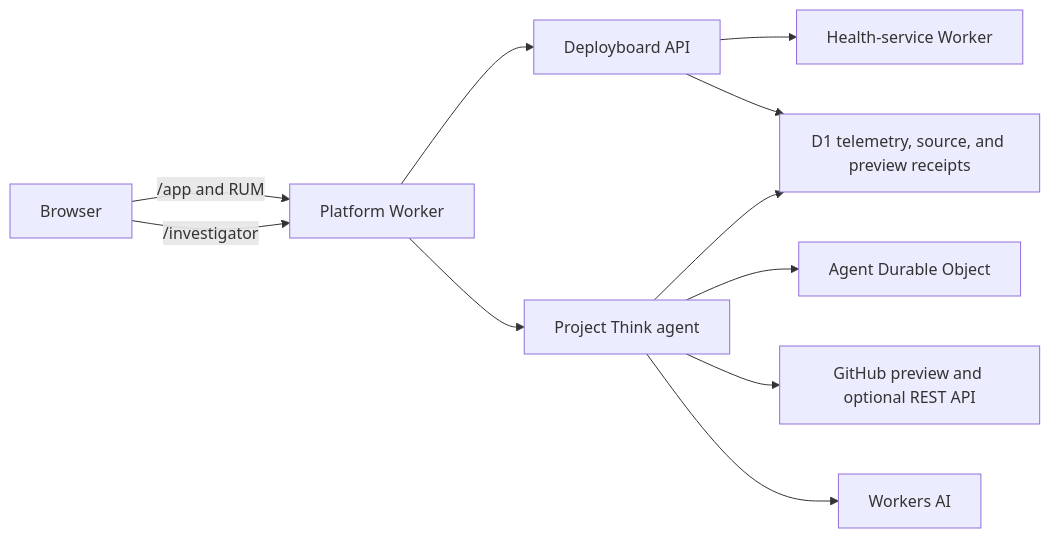
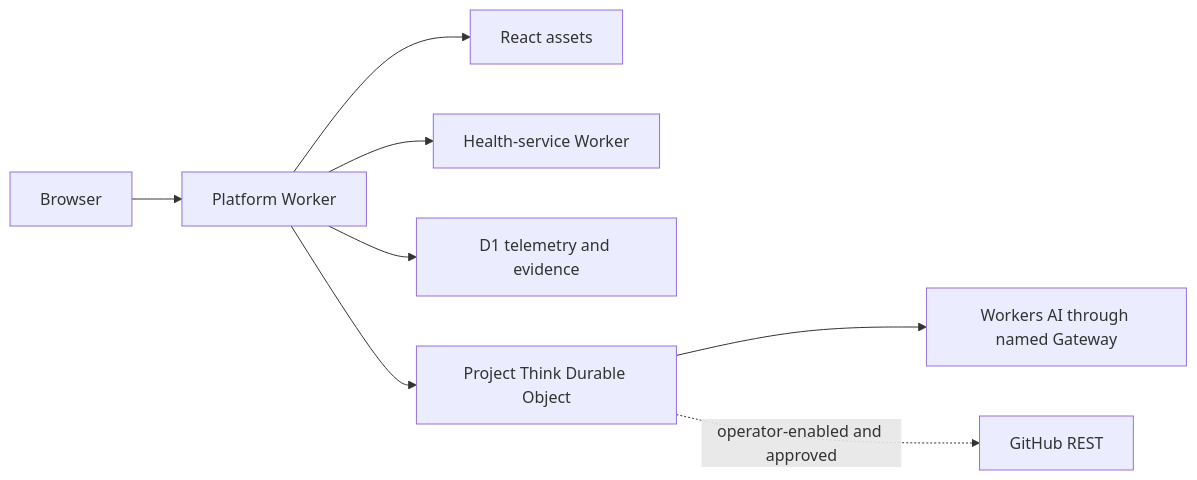
The diagram in IMPLEMENTATION_PLAN.md (alexlopashev/cloudflare-agents-demo), drawn with Mermaid before and after one commit. The commit also changed other lines of this file and 10 other files, not shown here.

````diff
--- a/IMPLEMENTATION_PLAN.md
+++ b/IMPLEMENTATION_PLAN.md
@@ -148,23 +48,10 @@
 ```mermaid
 flowchart LR
-    Browser["Browser"]
-    Platform["Platform Worker"]
-    App["Deployboard API"]
-    Agent["Project Think agent"]
-    Health["Health-service Worker"]
-    D1["D1 telemetry, source, and preview receipts"]
-    DO["Agent Durable Object"]
-    GitHub["GitHub preview and optional REST API"]
-    AI["Workers AI"]
-
-    Browser -->|"/app and RUM"| Platform
-    Browser -->|"/investigator"| Platform
-    Platform --> App
-    Platform --> Agent
-    App --> Health
-    App --> D1
-    Agent --> D1
-    Agent --> DO
-    Agent --> GitHub
-    Agent --> AI
+    Browser["Browser"] --> Platform["Platform Worker"]
+    Platform --> Assets["React assets"]
+    Platform --> Health["Health-service Worker"]
+    Platform --> D1["D1 telemetry and evidence"]
+    Platform --> Agent["Project Think Durable Object"]
+    Agent --> AI["Workers AI through named Gateway"]
+    Agent -. "operator-enabled and approved" .-> GitHub["GitHub REST"]
 ```
````
